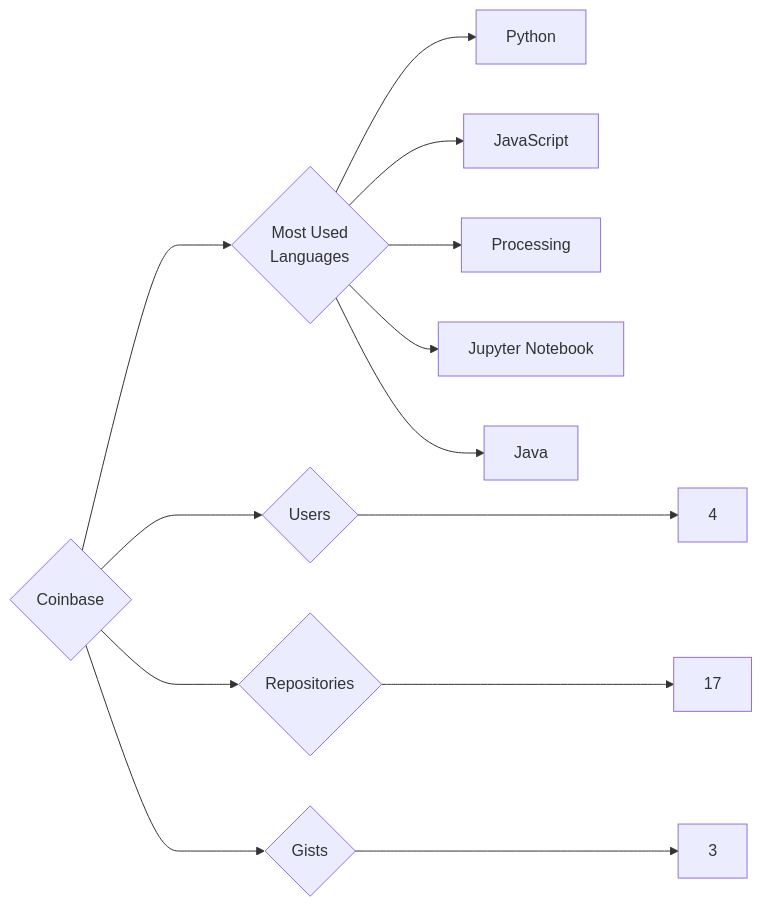
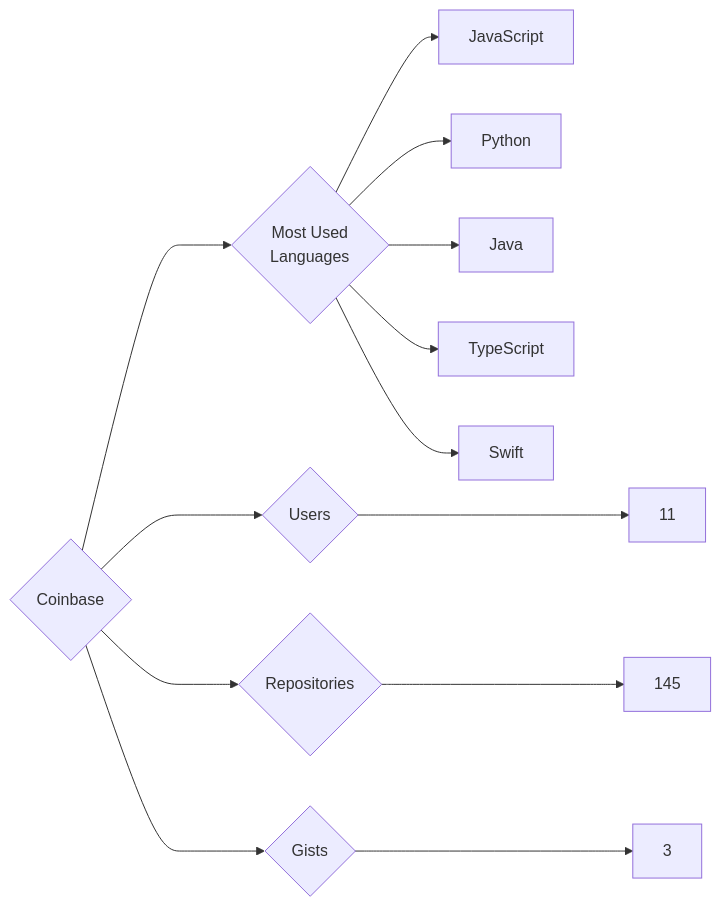
Before and after one commit to trickest/insiders: the diagram in targets/Coinbase/README.md, drawn with Mermaid. The commit also changed 1088 other files, not shown here.

````diff
--- a/targets/Coinbase/README.md
+++ b/targets/Coinbase/README.md
@@ -3,13 +3,13 @@
 ```mermaid
 graph LR
 COMPANY_NAME{Coinbase}
-COMPANY_NAME ---> U{Users} ---> UN[4]
-COMPANY_NAME ---> R{Repositories} ---> RN[17]
+COMPANY_NAME ---> U{Users} ---> UN[11]
+COMPANY_NAME ---> R{Repositories} ---> RN[145]
 COMPANY_NAME ---> G{Gists} ---> GN[3]
 COMPANY_NAME ---> ML{Most Used<br>Languages}
+ML --> JavaScript[JavaScript]
 ML --> Python[Python]
-ML --> JavaScript[JavaScript]
-ML --> Processing[Processing]
-ML --> Jupyter_Notebook[Jupyter Notebook]
 ML --> Java[Java]
+ML --> TypeScript[TypeScript]
+ML --> Swift[Swift]
 ```
````
